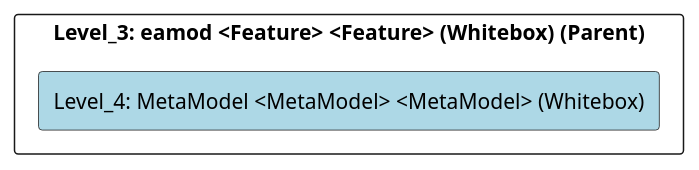
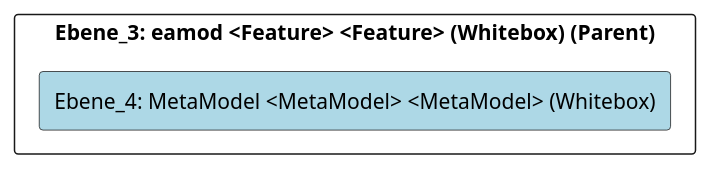
The diagram in doc/cleonproject_deliverables_architecture_model_architecture/adoc/de/05_bausteinsicht/cleon/architecture_methods/eamod/metamodel/ebene_4_metamodel.adoc (marcozwyssig/cleon), drawn with PlantUML before and after one commit. The commit also changed other lines of this file and 214 other files, not shown here.

```diff
--- a/doc/cleonproject_deliverables_architecture_model_architecture/adoc/de/05_bausteinsicht/cleon/architecture_methods/eamod/metamodel/ebene_4_metamodel.adoc
+++ b/doc/cleonproject_deliverables_architecture_model_architecture/adoc/de/05_bausteinsicht/cleon/architecture_methods/eamod/metamodel/ebene_4_metamodel.adoc
@@ -24,24 +24,24 @@
-[plantuml, Level_4: MetaModel <MetaModel> <MetaModel> (Whitebox)BlockOverview, format="svg"]
+[plantuml, Ebene_4: MetaModel <MetaModel> <MetaModel> (Whitebox)BlockOverview, format="svg"]
 ----
-@startuml Level_4: MetaModel <MetaModel> <MetaModel> (Whitebox)BuildingBlockOverview
+@startuml Ebene_4: MetaModel <MetaModel> <MetaModel> (Whitebox)BuildingBlockOverview
 
 skinparam ranksep 10
 skinparam componentStyle rectangle
 skinparam shadowing false
 skinparam arrowColor lightblue
 skinparam arrowThickness 1.2
 skinparam rectangle {
   BackgroundColor White
   BorderColor #333
   RoundCorner 10
 }
 top to bottom direction
 
-component "Level_3: eamod <Feature> <Feature> (Whitebox) (Parent)" {
-    component "Level_4: MetaModel <MetaModel> <MetaModel> (Whitebox)" #lightblue {
+component "Ebene_3: eamod <Feature> <Feature> (Whitebox) (Parent)" {
+    component "Ebene_4: MetaModel <MetaModel> <MetaModel> (Whitebox)" #lightblue {
     }
 
 }
 
 @enduml
 ----
```
